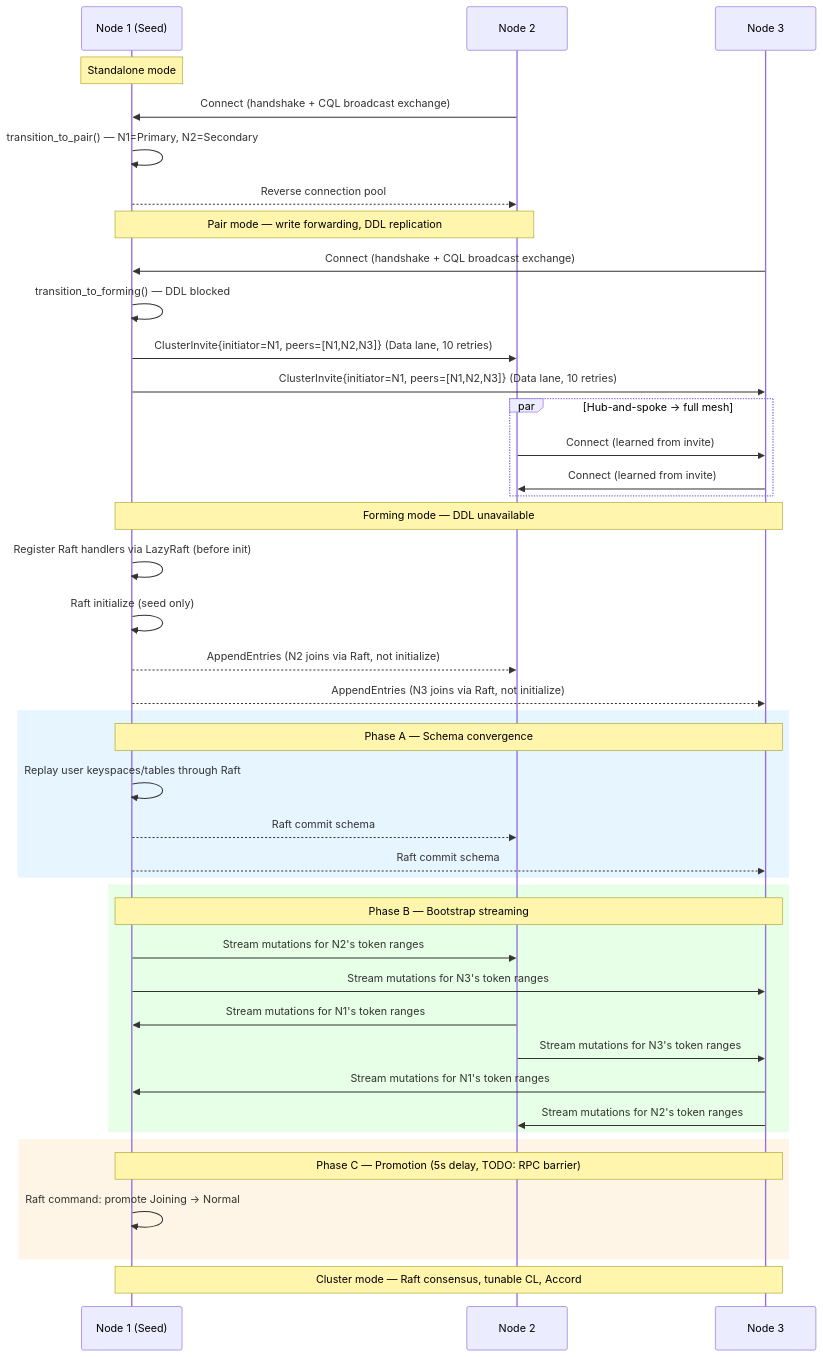
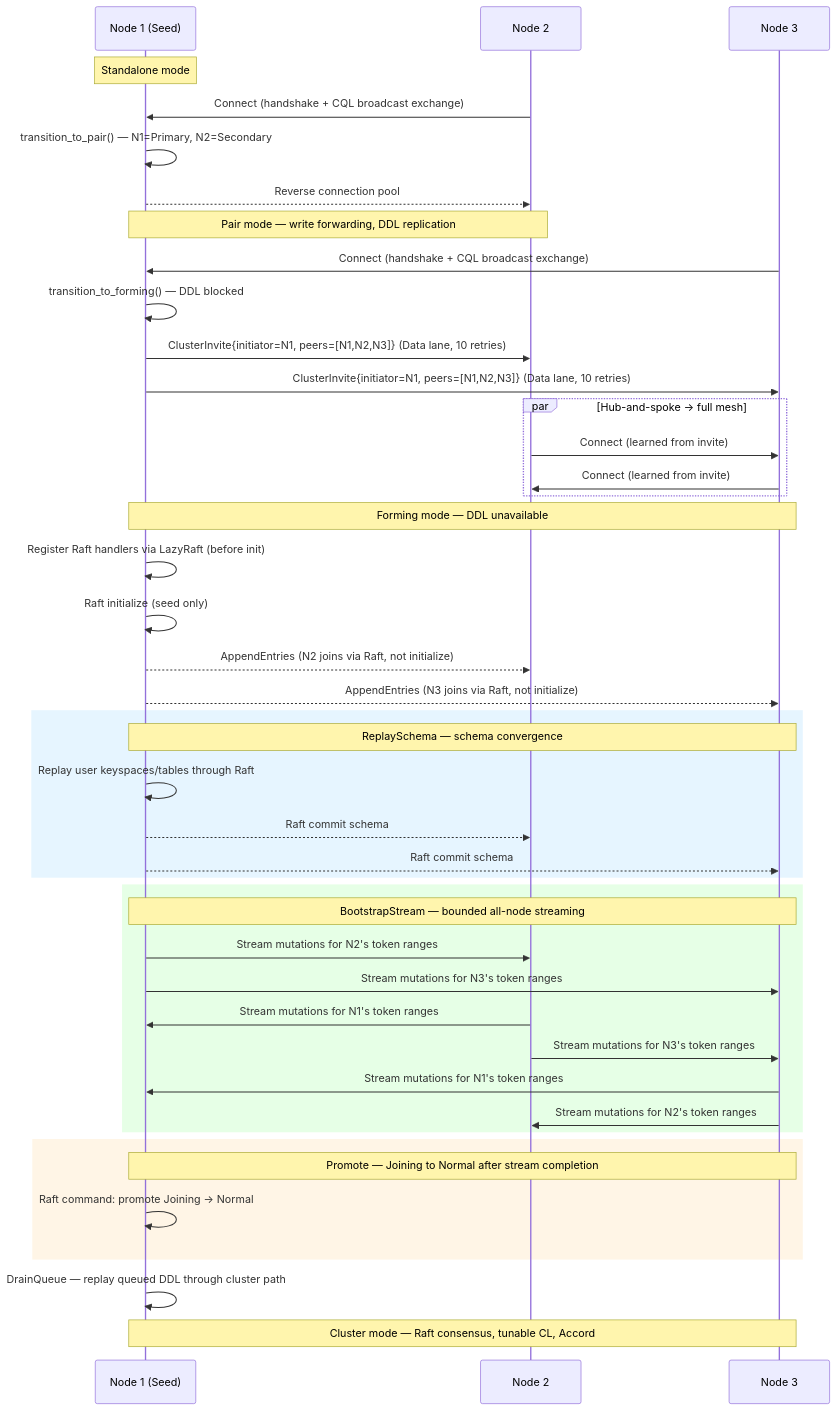
Diagram 21 of 21 in specs/data-flow.md (ferrosadb/ferrosa), drawn with Mermaid before and after one commit. The commit also changed 8 other files, not shown here.

Commit message:
docs: update bootstrap phase references

````diff
--- a/specs/data-flow.md
+++ b/specs/data-flow.md
@@ -788,55 +788,57 @@
 ```mermaid
 sequenceDiagram
     participant N1 as Node 1 (Seed)
     participant N2 as Node 2
     participant N3 as Node 3
 
     Note over N1: Standalone mode
 
     N2->>N1: Connect (handshake + CQL broadcast exchange)
     N1->>N1: transition_to_pair() — N1=Primary, N2=Secondary
     N1-->>N2: Reverse connection pool
 
     Note over N1,N2: Pair mode — write forwarding, DDL replication
 
     N3->>N1: Connect (handshake + CQL broadcast exchange)
     N1->>N1: transition_to_forming() — DDL blocked
     N1->>N2: ClusterInvite{initiator=N1, peers=[N1,N2,N3]} (Data lane, 10 retries)
     N1->>N3: ClusterInvite{initiator=N1, peers=[N1,N2,N3]} (Data lane, 10 retries)
 
     par Hub-and-spoke → full mesh
         N2->>N3: Connect (learned from invite)
         N3->>N2: Connect (learned from invite)
     end
 
     Note over N1,N3: Forming mode — DDL unavailable
 
     N1->>N1: Register Raft handlers via LazyRaft (before init)
     N1->>N1: Raft initialize (seed only)
     N1-->>N2: AppendEntries (N2 joins via Raft, not initialize)
     N1-->>N3: AppendEntries (N3 joins via Raft, not initialize)
 
     rect rgb(230,245,255)
-        Note over N1,N3: Phase A — Schema convergence
+        Note over N1,N3: ReplaySchema — schema convergence
         N1->>N1: Replay user keyspaces/tables through Raft
         N1-->>N2: Raft commit schema
         N1-->>N3: Raft commit schema
     end
 
     rect rgb(230,255,230)
-        Note over N1,N3: Phase B — Bootstrap streaming
+        Note over N1,N3: BootstrapStream — bounded all-node streaming
         N1->>N2: Stream mutations for N2's token ranges
         N1->>N3: Stream mutations for N3's token ranges
         N2->>N1: Stream mutations for N1's token ranges
         N2->>N3: Stream mutations for N3's token ranges
         N3->>N1: Stream mutations for N1's token ranges
         N3->>N2: Stream mutations for N2's token ranges
     end
 
     rect rgb(255,245,230)
-        Note over N1,N3: Phase C — Promotion (5s delay, TODO: RPC barrier)
+        Note over N1,N3: Promote — Joining to Normal after stream completion
         N1->>N1: Raft command: promote Joining → Normal
     end
 
+    N1->>N1: DrainQueue — replay queued DDL through cluster path
+
     Note over N1,N3: Cluster mode — Raft consensus, tunable CL, Accord
 ```
````
